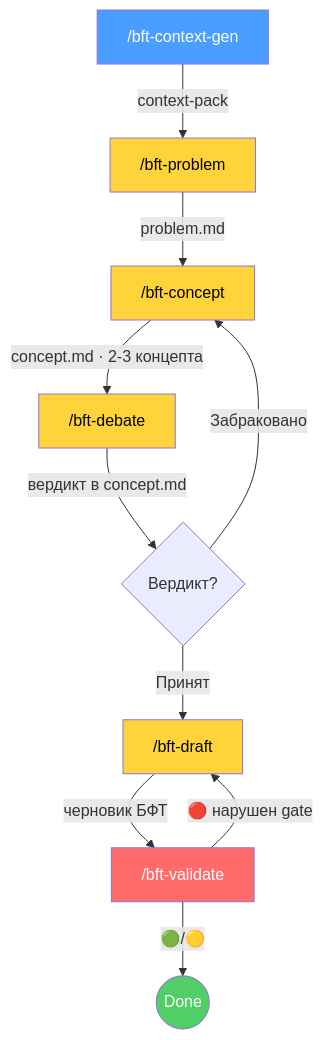
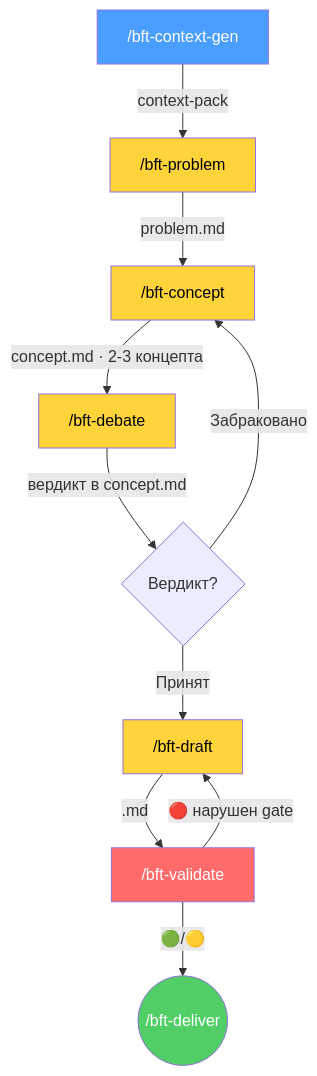
The diagram in README.md (kibarik/po-helper), drawn with Mermaid before and after one commit. The commit also changed other lines of this file, not shown here.

First line of the commit message:
docs(readme): document unified repo — OKR/БФТ/Blueprint pipelines + PAF GROUND + methodology

````diff
--- a/README.md
+++ b/README.md
@@ -68,22 +84,22 @@
 ```mermaid
 flowchart TD
     A["/bft-context-gen"] -->|"context-pack"| B["/bft-problem"]
     B -->|"problem.md"| C["/bft-concept"]
     C -->|"concept.md · 2-3 концепта"| D["/bft-debate"]
     D -->|"вердикт в concept.md"| E{Вердикт?}
 
     E -->|"Принят"| F["/bft-draft"]
     E -->|"Забраковано"| C
 
-    F -->|"черновик БФТ"| G["/bft-validate"]
-    G -->|"🟢/🟡"| H(("Done"))
+    F -->|"<epic>.md"| G["/bft-validate"]
+    G -->|"🟢/🟡"| H(("/bft-deliver"))
     G -->|"🔴 нарушен gate"| F
 
     style A fill:#4a9eff,color:#fff
     style B fill:#ffd43b,color:#000
     style C fill:#ffd43b,color:#000
     style D fill:#ffd43b,color:#000
     style F fill:#ffd43b,color:#000
     style G fill:#ff6b6b,color:#fff
     style H fill:#51cf66,color:#fff
 ```
````
